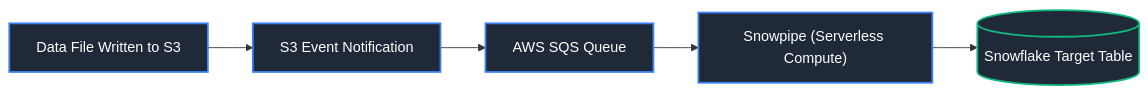
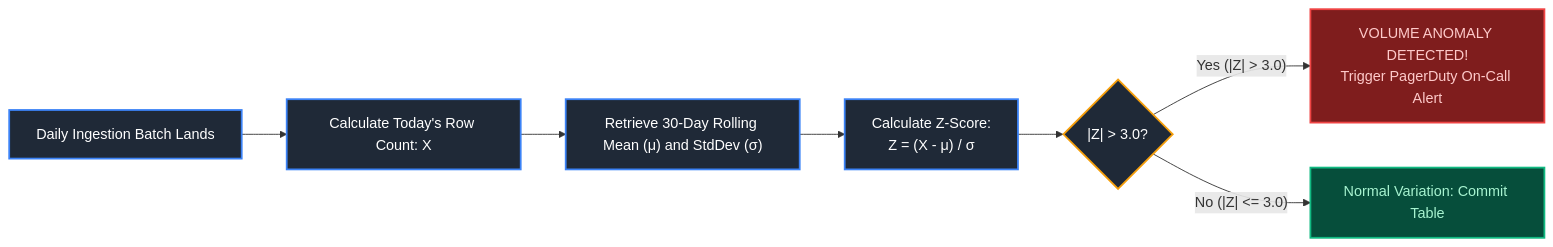
One commit to joydeep-biswas/Interview-Preparation changed diagram 18 of 24 in Data Engineering/10_data_pipeline_design_and_ingestion.md. Above: the diagram before and after it, drawn with Mermaid. The commit also changed other lines of this file and 143 other files, not shown here.

````diff
--- a/Data Engineering/10_data_pipeline_design_and_ingestion.md
+++ b/Data Engineering/10_data_pipeline_design_and_ingestion.md
@@ -717,13 +1366,18 @@
 ```mermaid
 flowchart LR
-    File["Data File Written to S3"] --> S3Notif["S3 Event Notification"]
-    S3Notif --> SQSQueue["AWS SQS Queue"]
-    SQSQueue --> Snowpipe["Snowpipe (Serverless Compute)"]
-    Snowpipe --> TargetTable[(Snowflake Target Table)]
+    DailyIngest["Daily Ingestion Batch Lands"] --> ComputeMetric["Calculate Today's Row Count: X"]
+    ComputeMetric --> RollingStats["Retrieve 30-Day Rolling Mean (μ) and StdDev (σ)"]
+    RollingStats --> CalcZ["Calculate Z-Score:<br/>Z = (X - μ) / σ"]
+    CalcZ --> CheckZ{"|Z| > 3.0?"}
+    
+    CheckZ -- Yes (|Z| > 3.0) --> Anomaly["VOLUME ANOMALY DETECTED!<br/>Trigger PagerDuty On-Call Alert"]
+    CheckZ -- No (|Z| <= 3.0) --> Pass["Normal Variation: Commit Table"]
 
-    style File fill:#1f2937,stroke:#3b82f6,stroke-width:2px,color:#fff
-    style S3Notif fill:#1f2937,stroke:#3b82f6,stroke-width:2px,color:#fff
-    style SQSQueue fill:#1f2937,stroke:#3b82f6,stroke-width:2px,color:#fff
-    style Snowpipe fill:#1f2937,stroke:#3b82f6,stroke-width:2px,color:#fff
-    style TargetTable fill:#1f2937,stroke:#10b981,stroke-width:2px,color:#fff
+    style DailyIngest fill:#1f2937,stroke:#3b82f6,stroke-width:2px,color:#fff
+    style ComputeMetric fill:#1f2937,stroke:#3b82f6,stroke-width:2px,color:#fff
+    style RollingStats fill:#1f2937,stroke:#3b82f6,stroke-width:2px,color:#fff
+    style CalcZ fill:#1f2937,stroke:#3b82f6,stroke-width:2px,color:#fff
+    style CheckZ fill:#1f2937,stroke:#f59e0b,stroke-width:2px,color:#fff
+    style Anomaly fill:#7f1d1d,stroke:#ef4444,stroke-width:2px,color:#fecaca
+    style Pass fill:#064e3b,stroke:#10b981,stroke-width:2px,color:#a7f3d0
 ```
````
